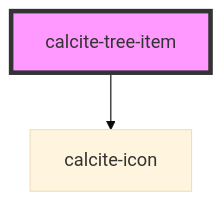
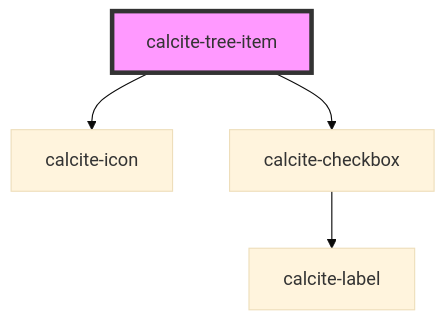
Before and after one commit to vikivakarvc/calcite-design-system: the diagram in src/components/calcite-tree-item/readme.md, drawn with Mermaid (base theme). The commit also changed other lines of this file and 36 other files, not shown here.

````diff
--- a/src/components/calcite-tree-item/readme.md
+++ b/src/components/calcite-tree-item/readme.md
@@ -22,5 +23,7 @@
 ```mermaid
 graph TD;
   calcite-tree-item --> calcite-icon
+  calcite-tree-item --> calcite-checkbox
+  calcite-checkbox --> calcite-label
   style calcite-tree-item fill:#f9f,stroke:#333,stroke-width:4px
 ```
````
